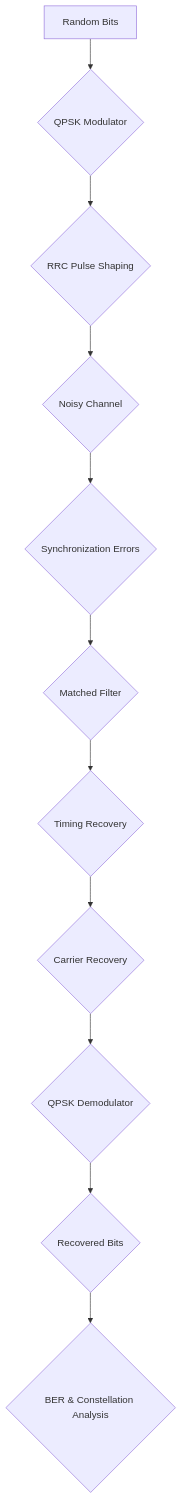
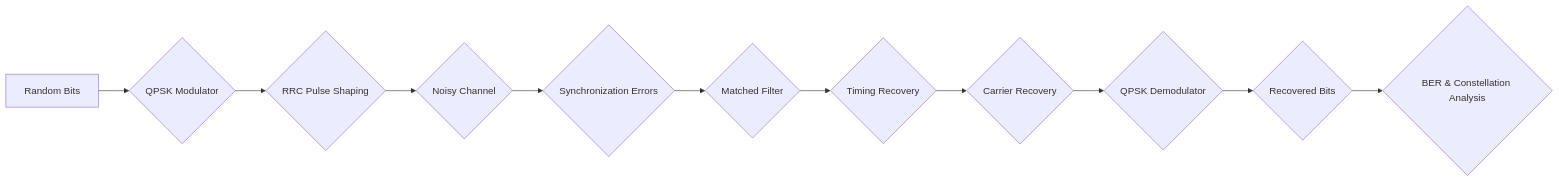
The diagram in README.md (Lukaku-1/adc-project-QPSK), drawn with Mermaid before and after one commit.

````diff
--- a/README.md
+++ b/README.md
@@ -12,6 +12,6 @@
 ```mermaid
-flowchart TD
+flowchart LR
     A[Random Bits] --> B{QPSK Modulator} --> C{RRC Pulse Shaping} --> D{Noisy Channel} --> E{Synchronization Errors} --> F{Matched Filter} --> G{Timing Recovery} --> H{Carrier Recovery} --> I{QPSK Demodulator} --> J{Recovered Bits} --> K{BER & Constellation Analysis} 
 
 
 ```
````
